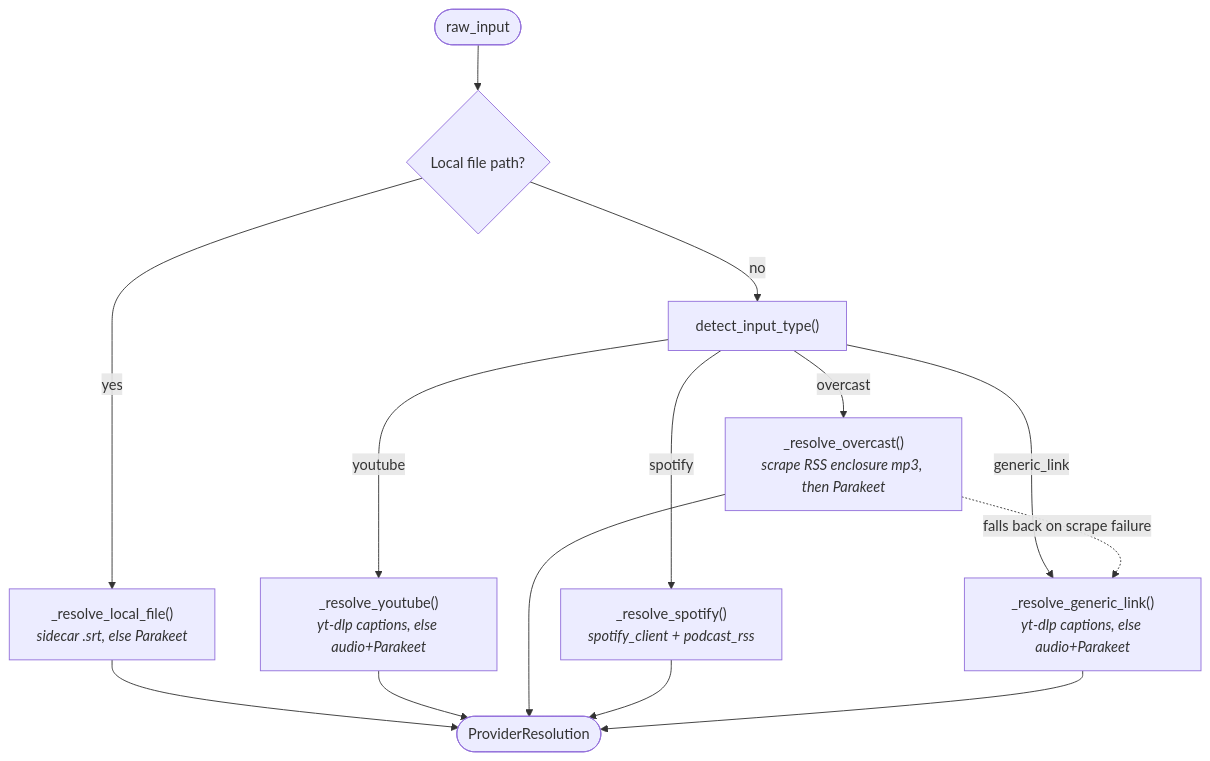
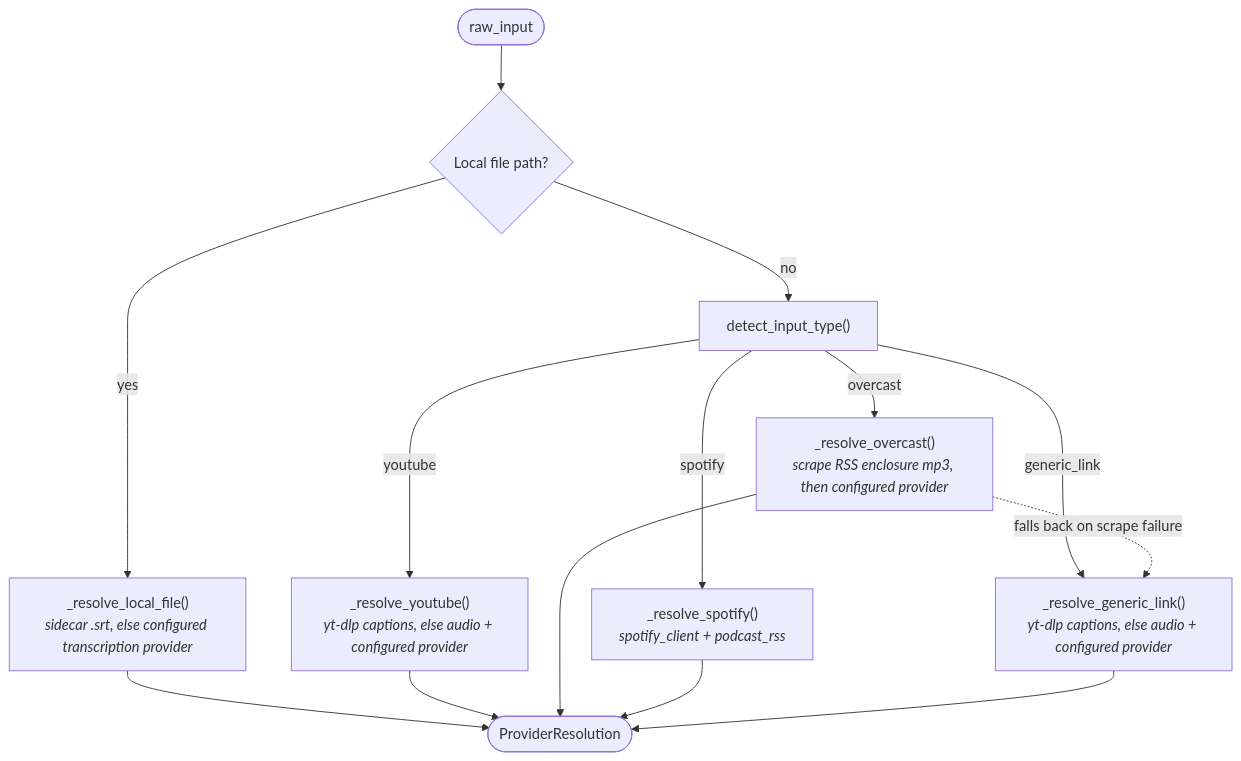
Before and after one commit to s1nack-dev/media-2-obsidian: the fourth of 7 diagrams in docs/architecture.md, drawn with Mermaid. The commit also changed other lines of this file and 3 other files, not shown here.

````diff
--- a/docs/architecture.md
+++ b/docs/architecture.md
@@ -172,19 +176,19 @@
 ```mermaid
 flowchart TD
     input(["raw_input"]) --> islocal{"Local file path?"}
-    islocal -- yes --> local["_resolve_local_file()<br/><i>sidecar .srt, else Parakeet</i>"]
+    islocal -- yes --> local["_resolve_local_file()<br/><i>sidecar .srt, else configured transcription provider</i>"]
     islocal -- no --> detect["detect_input_type()"]
 
-    detect -- youtube --> yt["_resolve_youtube()<br/><i>yt-dlp captions, else audio+Parakeet</i>"]
-    detect -- overcast --> oc["_resolve_overcast()<br/><i>scrape RSS enclosure mp3, then Parakeet</i>"]
+    detect -- youtube --> yt["_resolve_youtube()<br/><i>yt-dlp captions, else audio + configured provider</i>"]
+    detect -- overcast --> oc["_resolve_overcast()<br/><i>scrape RSS enclosure mp3, then configured provider</i>"]
     detect -- spotify --> sp["_resolve_spotify()<br/><i>spotify_client + podcast_rss</i>"]
-    detect -- generic_link --> gl["_resolve_generic_link()<br/><i>yt-dlp captions, else audio+Parakeet</i>"]
+    detect -- generic_link --> gl["_resolve_generic_link()<br/><i>yt-dlp captions, else audio + configured provider</i>"]
 
     oc -. "falls back on scrape failure" .-> gl
 
     local --> pr(["ProviderResolution"])
     yt --> pr
     oc --> pr
     sp --> pr
     gl --> pr
 ```
````
